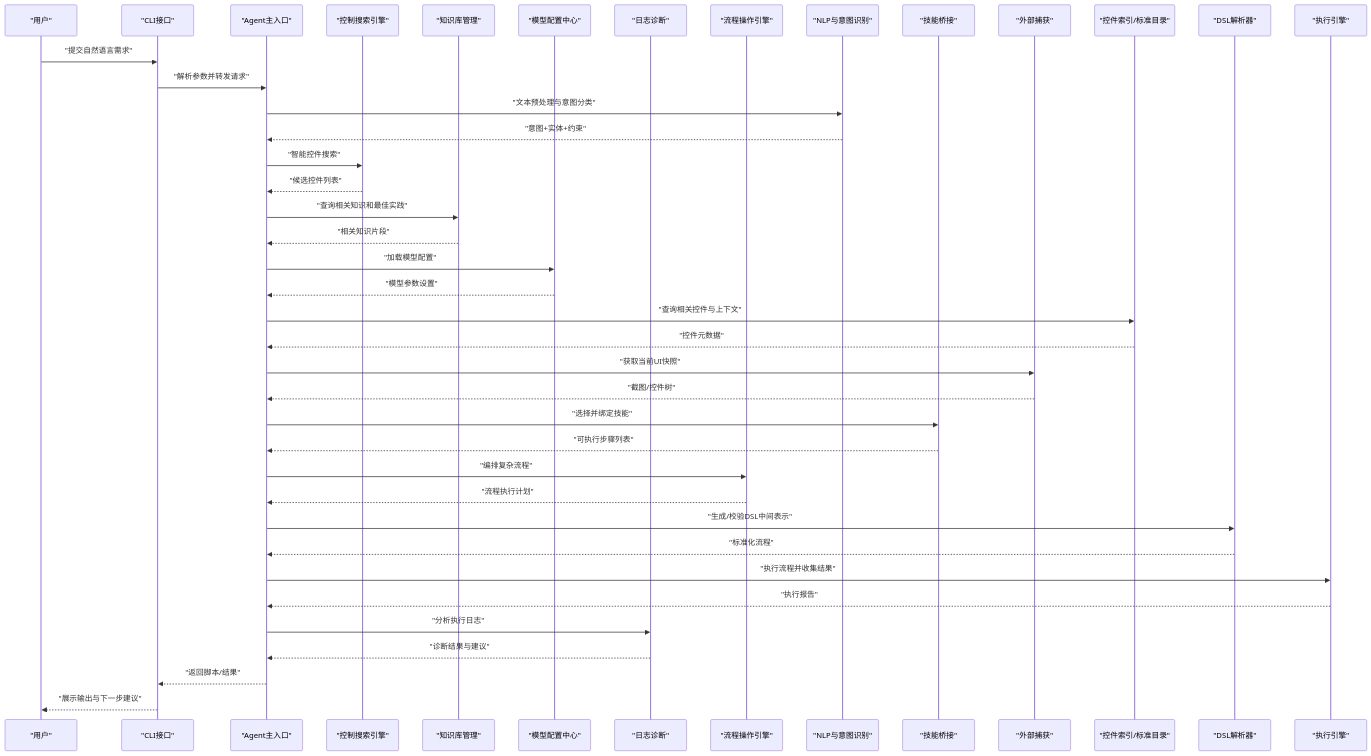
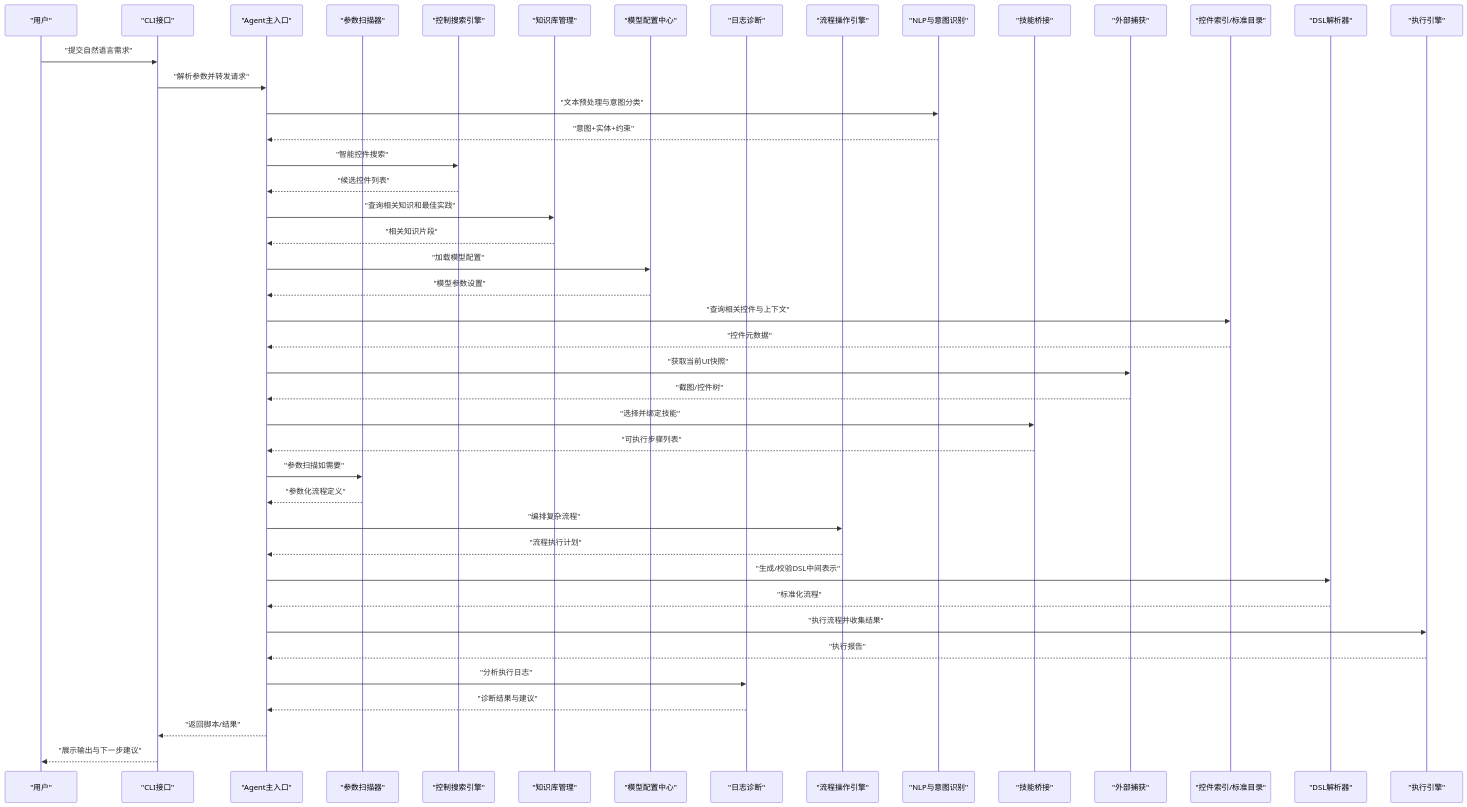
The second of 8 diagrams in .qoder/repowiki/zh/content/AI辅助系统/AI辅助系统.md (hanago33/WT_Automation), drawn with Mermaid before and after one commit. The commit also changed other lines of this file and 247 other files, not shown here.

````diff
--- a/.qoder/repowiki/zh/content/AI辅助系统/AI辅助系统.md
+++ b/.qoder/repowiki/zh/content/AI辅助系统/AI辅助系统.md
@@ -173,43 +158,46 @@
 ```mermaid
 sequenceDiagram
 participant User as "用户"
 participant CLI as "CLI接口"
 participant Agent as "Agent主入口"
+participant ParameterScan as "参数扫描器"
 participant ControlSearch as "控制搜索引擎"
 participant KnowledgeBase as "知识库管理"
 participant ModelProfile as "模型配置中心"
 participant LogDiagnosis as "日志诊断"
 participant FlowOps as "流程操作引擎"
 participant NLP as "NLP与意图识别"
 participant Bridge as "技能桥接"
 participant Capture as "外部捕获"
 participant Index as "控件索引/标准目录"
 participant DSL as "DSL解析器"
 participant Exec as "执行引擎"
 User->>CLI : "提交自然语言需求"
 CLI->>Agent : "解析参数并转发请求"
 Agent->>NLP : "文本预处理与意图分类"
 NLP-->>Agent : "意图+实体+约束"
 Agent->>ControlSearch : "智能控件搜索"
 ControlSearch-->>Agent : "候选控件列表"
 Agent->>KnowledgeBase : "查询相关知识和最佳实践"
 KnowledgeBase-->>Agent : "相关知识片段"
 Agent->>ModelProfile : "加载模型配置"
 ModelProfile-->>Agent : "模型参数设置"
 Agent->>Index : "查询相关控件与上下文"
 Index-->>Agent : "控件元数据"
 Agent->>Capture : "获取当前UI快照"
 Capture-->>Agent : "截图/控件树"
 Agent->>Bridge : "选择并绑定技能"
 Bridge-->>Agent : "可执行步骤列表"
+Agent->>ParameterScan : "参数扫描如需要"
+ParameterScan-->>Agent : "参数化流程定义"
 Agent->>FlowOps : "编排复杂流程"
 FlowOps-->>Agent : "流程执行计划"
 Agent->>DSL : "生成/校验DSL中间表示"
 DSL-->>Agent : "标准化流程"
 Agent->>Exec : "执行流程并收集结果"
 Exec-->>Agent : "执行报告"
 Agent->>LogDiagnosis : "分析执行日志"
 LogDiagnosis-->>Agent : "诊断结果与建议"
 Agent-->>CLI : "返回脚本/结果"
 CLI-->>User : "展示输出与下一步建议"
 ```
````
